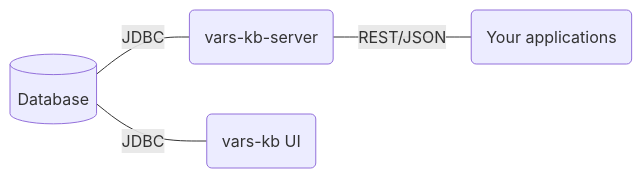
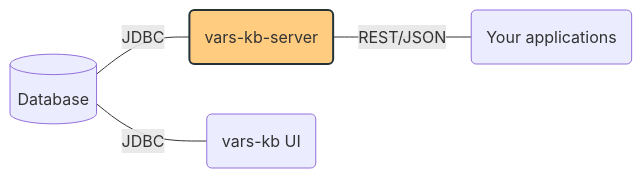
The diagram in docs/index.md (mbari-org/vars-kb-server), drawn with Mermaid before and after one commit.

Commit message:
Styled the diagram

````diff
--- a/docs/index.md
+++ b/docs/index.md
@@ -11,6 +11,7 @@
 ```mermaid
 flowchart LR
   A[(Database)]---|JDBC|B(vars-kb-server)
   A---|JDBC|C(vars-kb UI)
   B---|REST/JSON|D(Your applications)
+  style B fill:#FFCC80,stroke:#233338,stroke-width:2px
 ```
````
